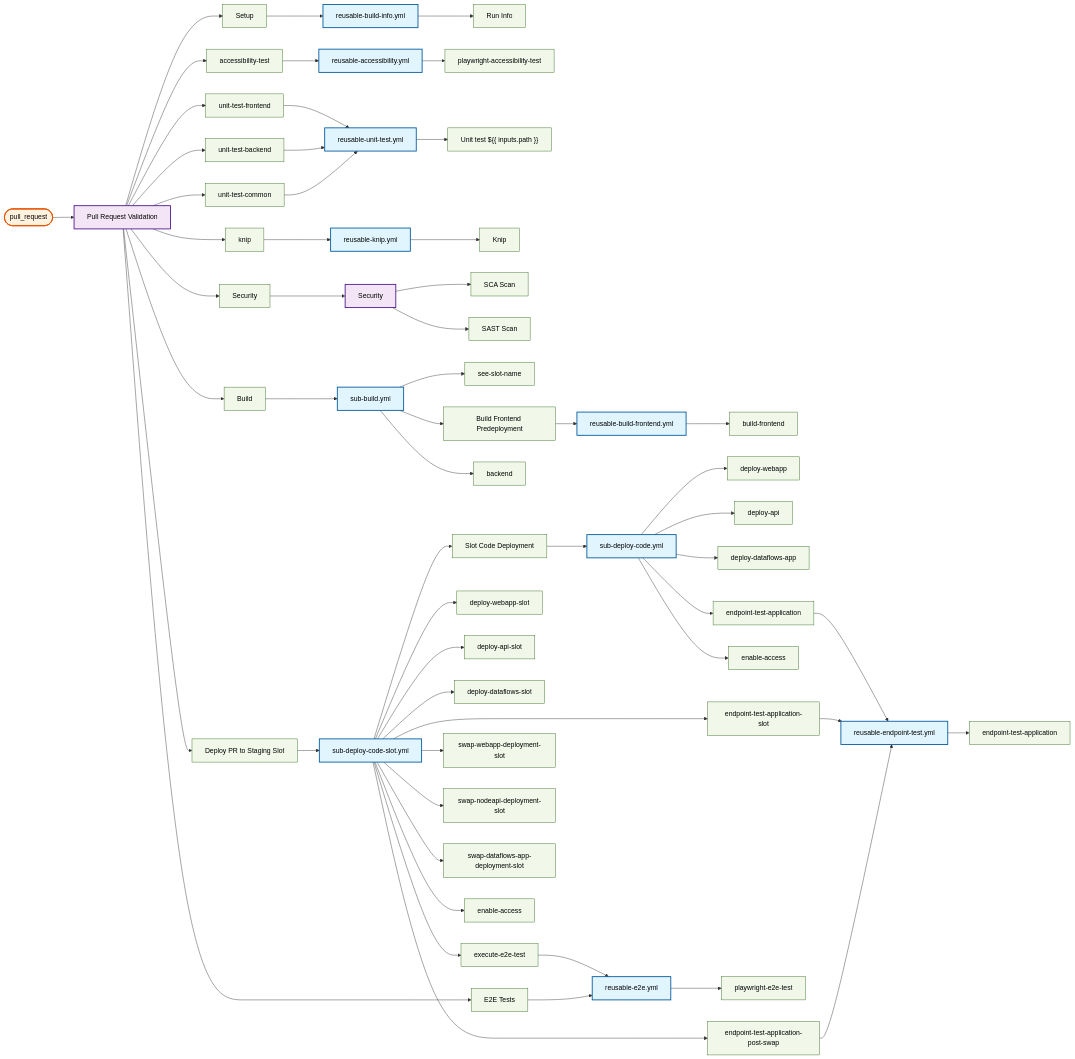
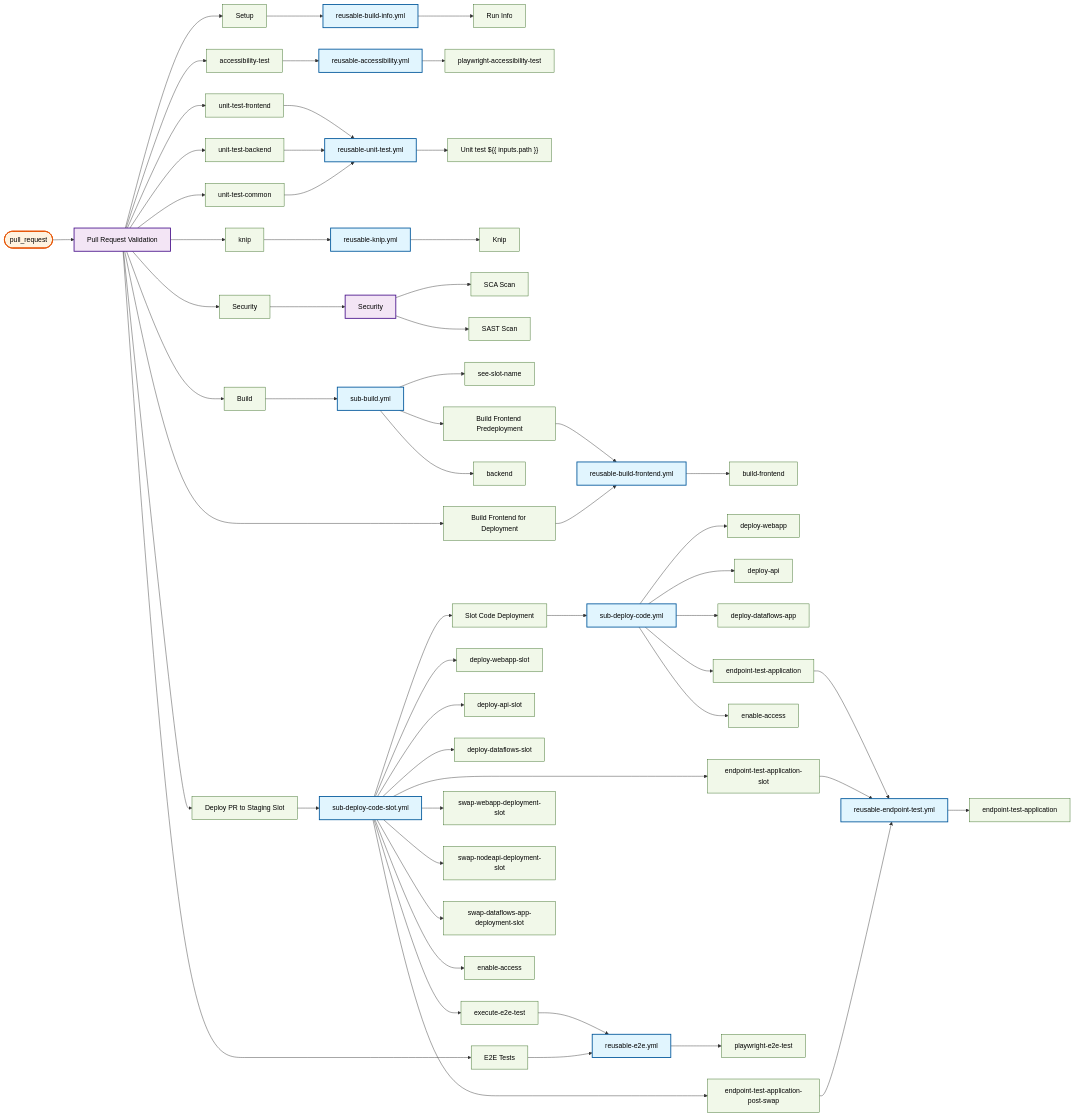
Before and after one commit to US-Trustee-Program/Bankruptcy-Oversight-Support-Systems: the sixth of 22 diagrams in docs/operations/workflow-diagram.md, drawn with Mermaid. The commit also changed other lines of this file and 1 other file, not shown here.

Commit message:
Add deployment frontend build to PR validation workflow
The deploy-code-slot workflow expects a deployment frontend artifact
(isDeployment: true), but pr-validation was only building the pre-deployment
frontend artifact (isDeployment: false).

Changes:
- Add build-frontend-deployment job that creates deployment artifact
- Only runs when e2e tests are triggered (same gate as deployment)
- Passes isDeployment: true to create the correct artifact name
- Add dependency from deploy-pr-code to build-frontend-deployment

This matches the pattern in sub-deploy.yml which builds deployment frontend
before calling sub-deploy-code-slot.yml.

```diff
--- a/docs/operations/workflow-diagram.md
+++ b/docs/operations/workflow-diagram.md
@@ -108,6 +108,7 @@
     reusable_build_frontend_yml["reusable-build-frontend.yml"]
     reusable_build_frontend_yml_build_frontend["build-frontend"]
     sub_build_yml_backend["backend"]
+    pr_validation_yml_build_frontend_deployment["Build Frontend for Deployment"]
     pr_validation_yml_deploy_pr_code["Deploy PR to Staging Slot"]
     sub_deploy_code_slot_yml["sub-deploy-code-slot.yml"]
     sub_deploy_code_slot_yml_deploy_code["Slot Code Deployment"]
@@ -161,6 +162,8 @@
     sub_build_yml_build_frontend_predeployment --> reusable_build_frontend_yml
     sub_build_yml --> sub_build_yml_backend
     pr_validation_yml_build --> sub_build_yml
+    pr_validation_yml --> pr_validation_yml_build_frontend_deployment
+    pr_validation_yml_build_frontend_deployment --> reusable_build_frontend_yml
     pr_validation_yml --> pr_validation_yml_deploy_pr_code
     sub_deploy_code_slot_yml --> sub_deploy_code_slot_yml_deploy_code
     sub_deploy_code_yml --> sub_deploy_code_yml_deploy_webapp
@@ -221,6 +224,7 @@
     class reusable_build_frontend_yml reusable
     class reusable_build_frontend_yml_build_frontend job
     class sub_build_yml_backend job
+    class pr_validation_yml_build_frontend_deployment job
     class pr_validation_yml_deploy_pr_code job
     class sub_deploy_code_slot_yml reusable
     class sub_deploy_code_slot_yml_deploy_code job
```
